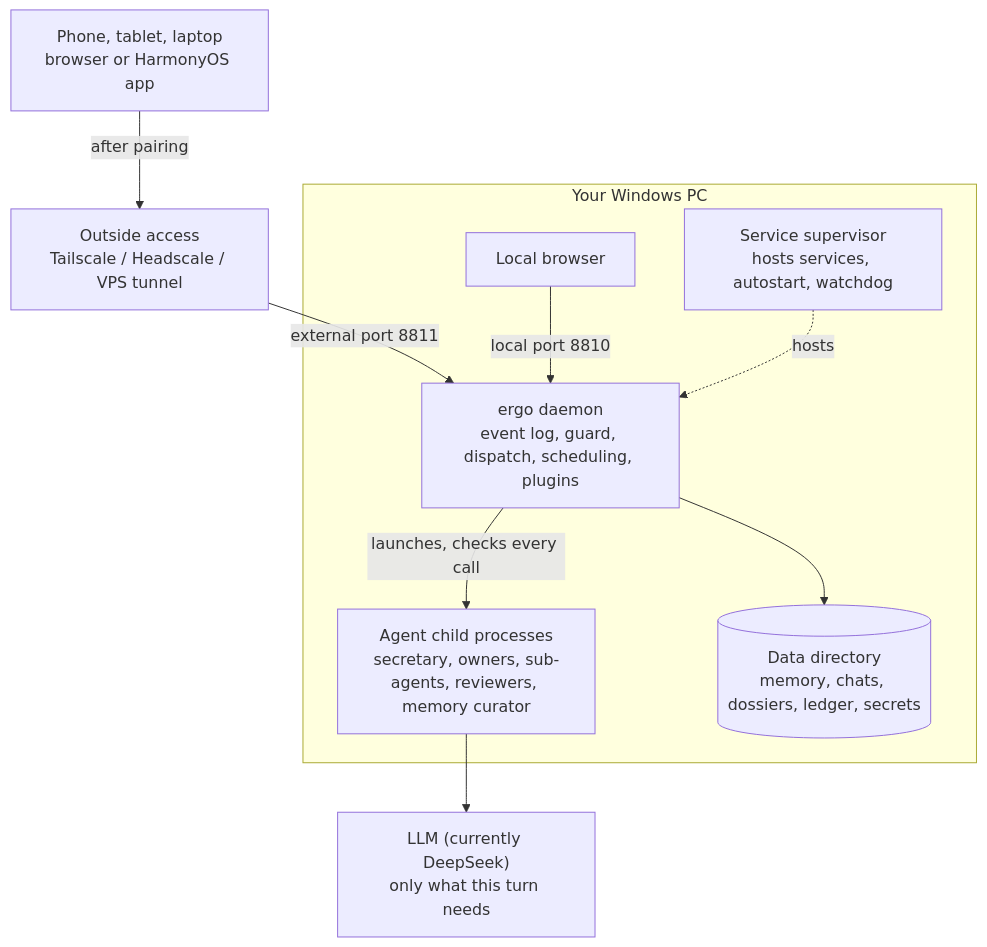
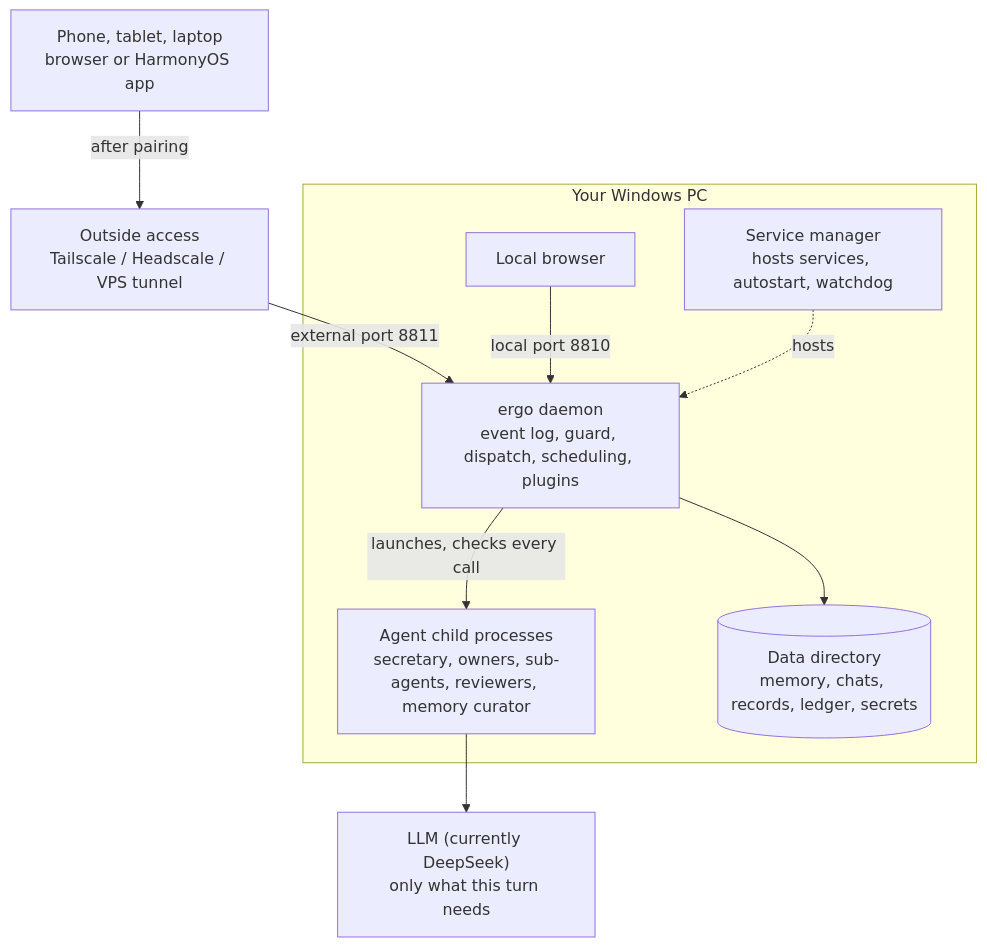
One commit to catmaniii/ergo changed the second of 2 diagrams in docs/architecture/README.en.md. Above: the diagram before and after it, drawn with Mermaid. The commit also changed other lines of this file and 2 other files, not shown here.

````diff
--- a/docs/architecture/README.en.md
+++ b/docs/architecture/README.en.md
@@ -46,19 +46,19 @@
 ```mermaid
 flowchart TB
     CLIENTS["Phone, tablet, laptop<br/>browser or HarmonyOS app"]
     ENTRY["Outside access<br/>Tailscale / Headscale / VPS tunnel"]
     subgraph PC["Your Windows PC"]
         LOCAL["Local browser"]
-        SUP["Service supervisor<br/>hosts services, autostart, watchdog"]
+        SUP["Service manager<br/>hosts services, autostart, watchdog"]
         DAEMON["ergo daemon<br/>event log, guard, dispatch, scheduling, plugins"]
         AGENTS["Agent child processes<br/>secretary, owners, sub-agents, reviewers, memory curator"]
-        DATA[("Data directory<br/>memory, chats, dossiers, ledger, secrets")]
+        DATA[("Data directory<br/>memory, chats, records, ledger, secrets")]
     end
     LLM["LLM (currently DeepSeek)<br/>only what this turn needs"]
     CLIENTS -->|"after pairing"| ENTRY -->|"external port 8811"| DAEMON
     LOCAL -->|"local port 8810"| DAEMON
     SUP -.->|"hosts"| DAEMON
     DAEMON -->|"launches, checks every call"| AGENTS
     AGENTS --> LLM
     DAEMON --> DATA
 ```
````
